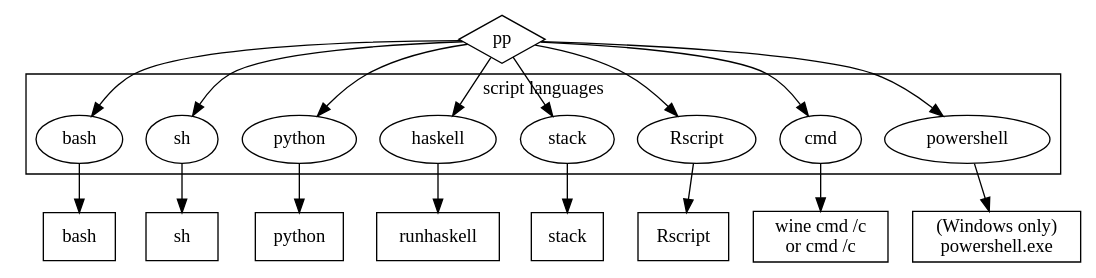
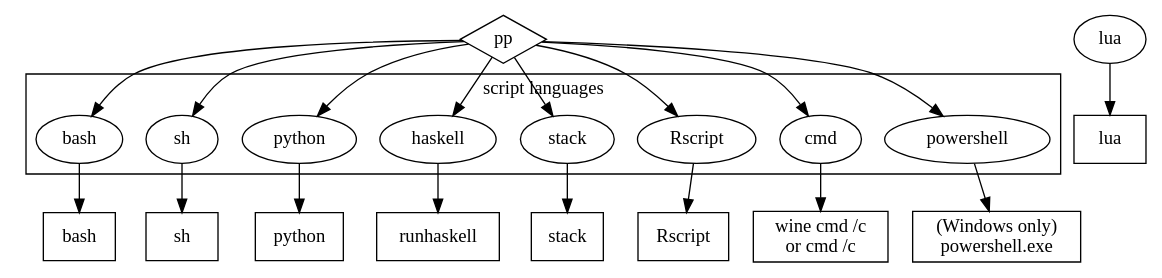
Before and after one commit to CDSoft/pp: the diagram in doc/img/pp-scripts.dot, drawn with Graphviz. The commit also changed 11 other files, not shown here.

```diff
--- a/doc/img/pp-scripts.dot
+++ b/doc/img/pp-scripts.dot
@@ -1,29 +1,31 @@
 
 digraph {
 
     subgraph cluster_cmd {
         label = "script languages"
         bash sh python haskell stack Rscript cmd powershell
     }
 
     PP [shape=diamond label="pp"]
     bash sh cmd python haskell stack
     Bash [shape=box label="bash"]
     Sh [shape=box label="sh"]
     Python [shape=box label="python"]
+    Lua [shape=box label="lua"]
     Haskell [shape=box label="runhaskell"]
     Stack [shape=box label="stack"]
     Rscriptexe [shape=box label="Rscript"]
     Cmd [shape=box label="wine cmd /c\nor cmd /c"]
     PowerShell [shape=box label="(Windows only)\npowershell.exe"]
 
     PP -> {bash sh python haskell stack Rscript cmd powershell}
     bash -> Bash
     sh -> Sh
     python -> Python
+    lua -> Lua
     haskell -> Haskell
     stack -> Stack
     Rscript -> Rscriptexe
     cmd -> Cmd
     powershell -> PowerShell
 }
```
